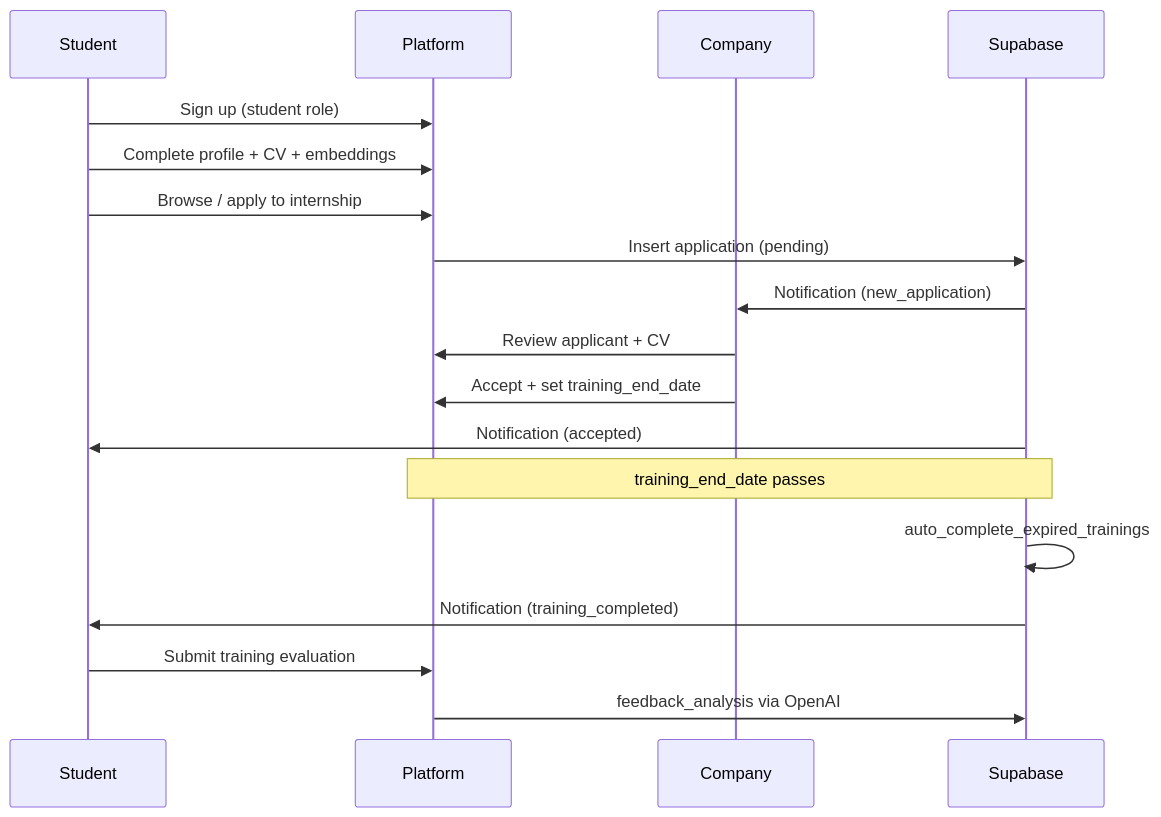
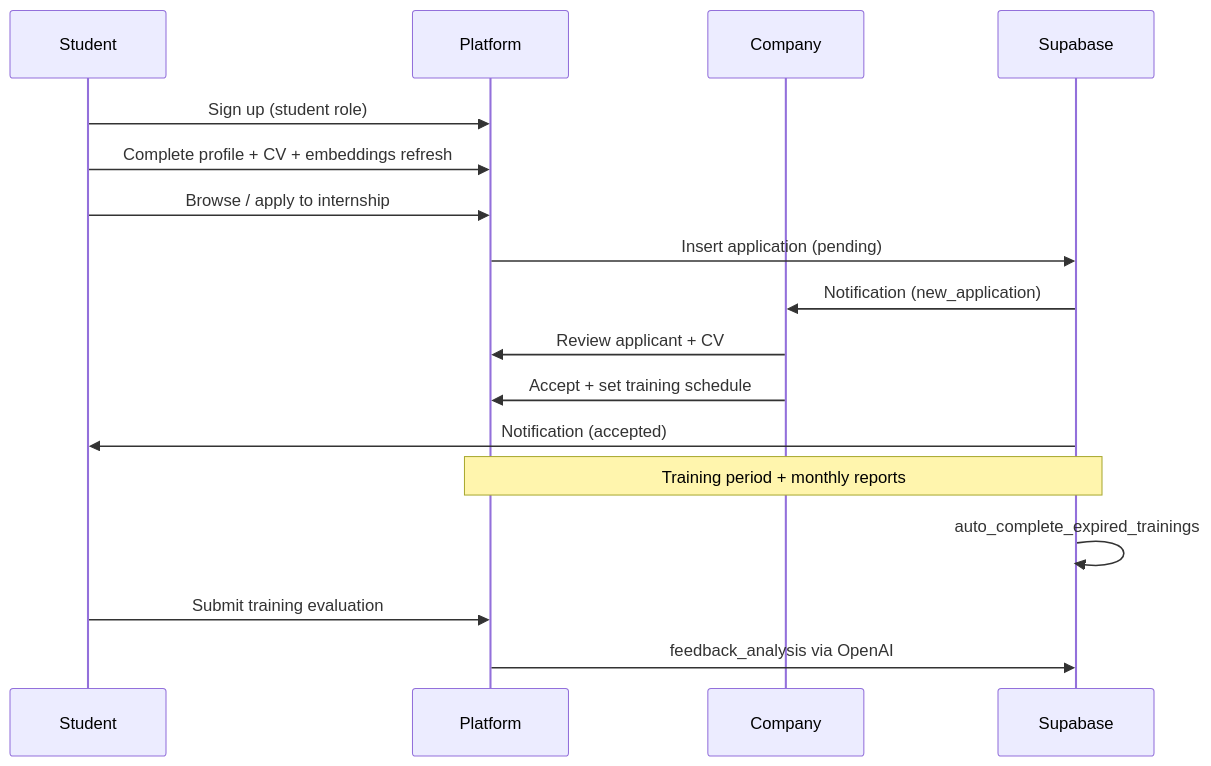
Before and after one commit to HamzahDrawsheh/Internships_Platform: the second of 2 diagrams in CONTEXT_ENG/PROJECT_OVERVIEW.md, drawn with Mermaid. The commit also changed other lines of this file and 12 other files, not shown here.

First line of the commit message:
Persist CV builder data, align docs with Next.js architecture, and clean repo orphans.

````diff
--- a/CONTEXT_ENG/PROJECT_OVERVIEW.md
+++ b/CONTEXT_ENG/PROJECT_OVERVIEW.md
@@ -333,21 +316,20 @@
 ```mermaid
 sequenceDiagram
   participant S as Student
   participant P as Platform
   participant C as Company
   participant DB as Supabase
 
   S->>P: Sign up (student role)
-  S->>P: Complete profile + CV + embeddings
+  S->>P: Complete profile + CV + embeddings refresh
   S->>P: Browse / apply to internship
   P->>DB: Insert application (pending)
   DB->>C: Notification (new_application)
   C->>P: Review applicant + CV
-  C->>P: Accept + set training_end_date
+  C->>P: Accept + set training schedule
   DB->>S: Notification (accepted)
-  Note over P,DB: training_end_date passes
+  Note over P,DB: Training period + monthly reports
   DB->>DB: auto_complete_expired_trainings
-  DB->>S: Notification (training_completed)
   S->>P: Submit training evaluation
   P->>DB: feedback_analysis via OpenAI
 ```
````
